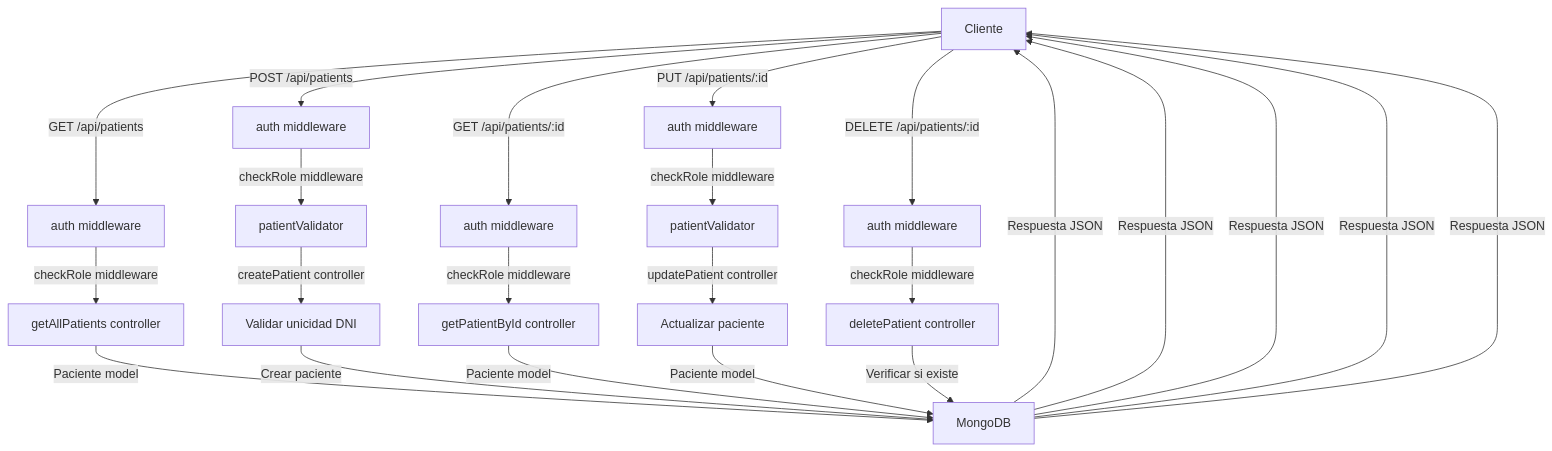
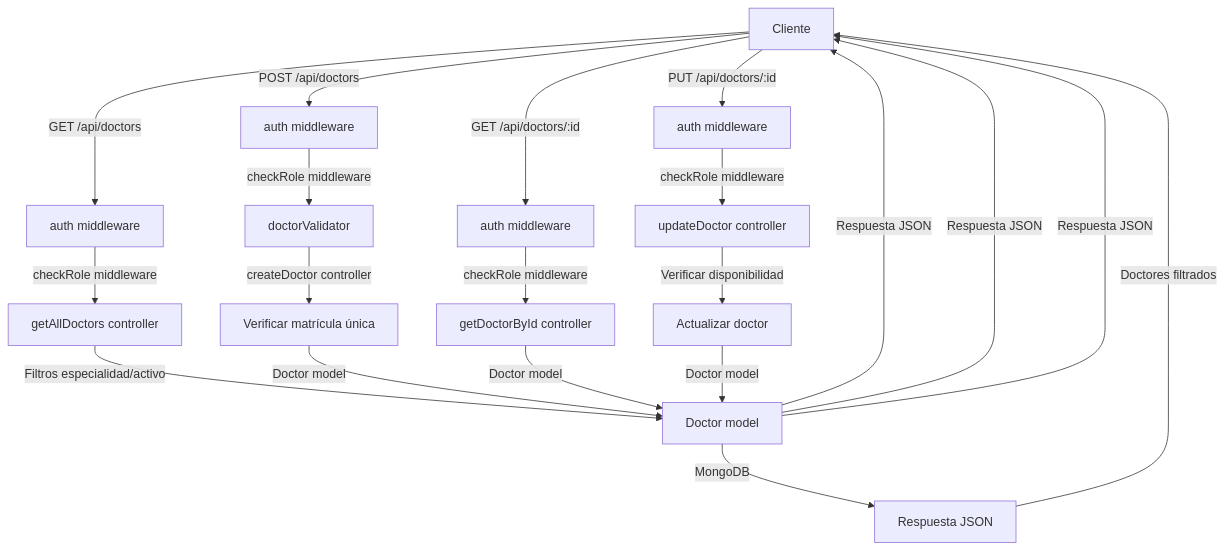
Before and after one commit to antonellaaarojas/usuarios: the diagram in README.md, drawn with Mermaid.

````diff
--- a/README.md
+++ b/README.md
@@ -1,29 +1,25 @@
 ```mermaid
 graph TD
-    A[Cliente] -->|GET /api/patients| B[auth middleware]
-    B -->|checkRole middleware| C[getAllPatients controller]
-    C -->|Paciente model| D[MongoDB]
+    A[Cliente] -->|GET /api/doctors| B[auth middleware]
+    B -->|checkRole middleware| C[getAllDoctors controller]
+    C -->|Filtros especialidad/activo| D[Doctor model]
+    D -->|MongoDB| E[Respuesta JSON]
+    E -->|Doctores filtrados| A
+
+    A -->|POST /api/doctors| F[auth middleware]
+    F -->|checkRole middleware| G[doctorValidator]
+    G -->|createDoctor controller| H[Verificar matrícula única]
+    H -->|Doctor model| D
     D -->|Respuesta JSON| A
 
-    A -->|POST /api/patients| E[auth middleware]
-    E -->|checkRole middleware| F[patientValidator]
-    F -->|createPatient controller| G[Validar unicidad DNI]
-    G -->|Crear paciente| D
+    A -->|GET /api/doctors/:id| I[auth middleware]
+    I -->|checkRole middleware| J[getDoctorById controller]
+    J -->|Doctor model| D
     D -->|Respuesta JSON| A
 
-    A -->|GET /api/patients/:id| H[auth middleware]
-    H -->|checkRole middleware| I[getPatientById controller]
-    I -->|Paciente model| D
-    D -->|Respuesta JSON| A
-
-    A -->|PUT /api/patients/:id| J[auth middleware]
-    J -->|checkRole middleware| K[patientValidator]
-    K -->|updatePatient controller| L[Actualizar paciente]
-    L -->|Paciente model| D
-    D -->|Respuesta JSON| A
-
-    A -->|DELETE /api/patients/:id| M[auth middleware]
-    M -->|checkRole middleware| N[deletePatient controller]
-    N -->|Verificar si existe| D
+    A -->|PUT /api/doctors/:id| K[auth middleware]
+    K -->|checkRole middleware| L[updateDoctor controller]
+    L -->|Verificar disponibilidad| M[Actualizar doctor]
+    M -->|Doctor model| D
     D -->|Respuesta JSON| A
 ```
````
